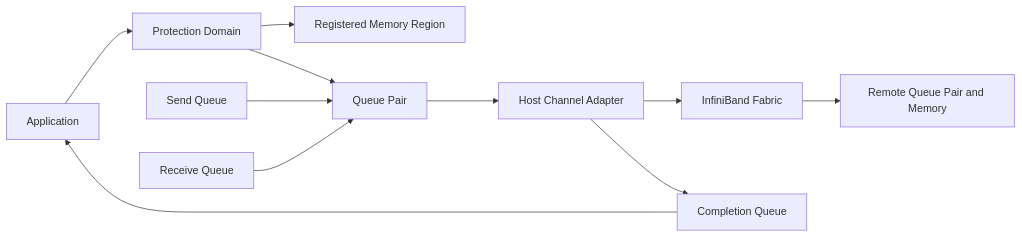
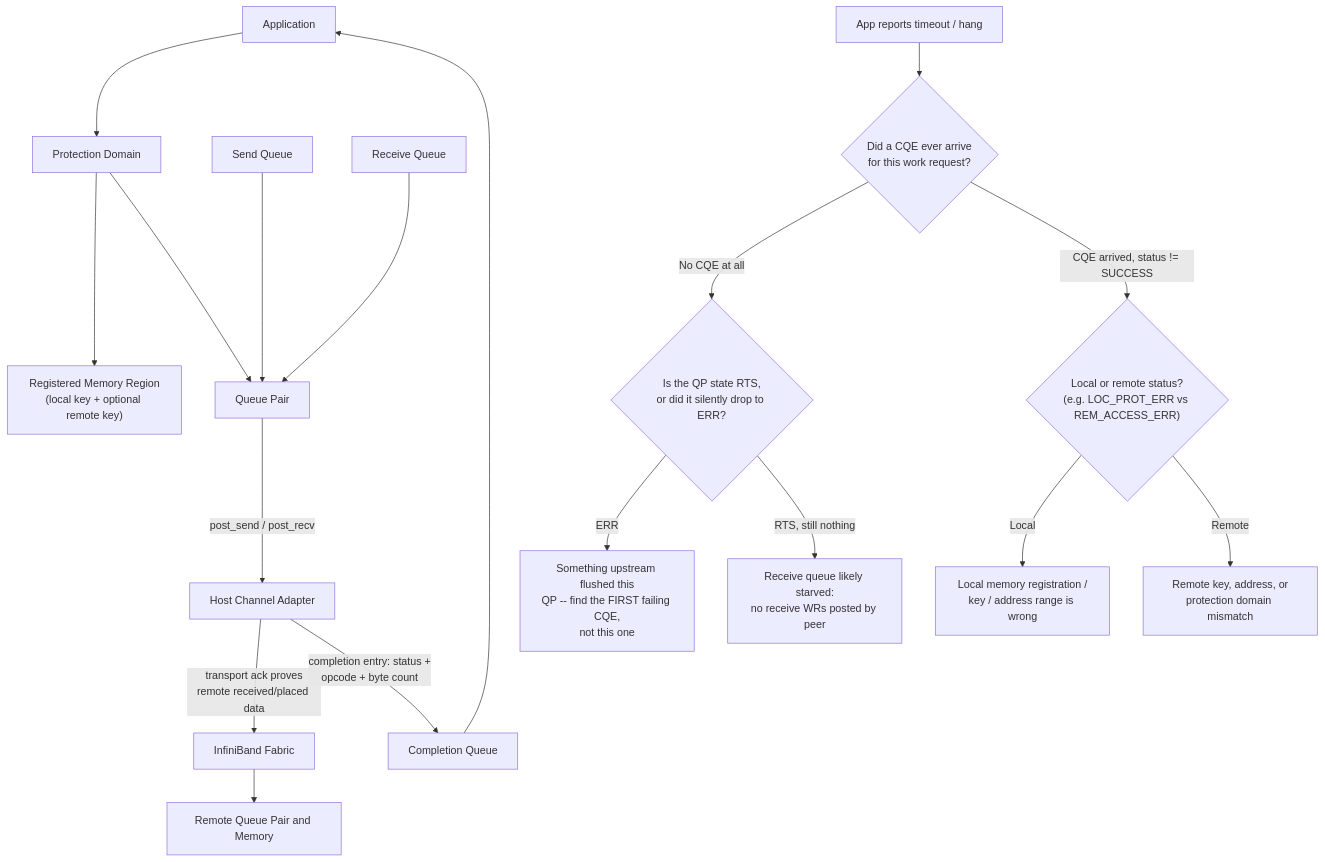
One commit to jithinpnjm/nvidia-devops changed the first of 5 diagrams in docs/nvidia-zero-to-hero/volume-08/chapter-03-verbs-queue-pairs-and-completion-queues.md. Above: the diagram before and after it, drawn with Mermaid. The commit also changed other lines of this file and 2 other files, not shown here.

Commit message:
WIP checkpoint: depth rework in progress, NOT verified/built — session hit rate limit mid-run

````diff
--- a/docs/nvidia-zero-to-hero/volume-08/chapter-03-verbs-queue-pairs-and-completion-queues.md
+++ b/docs/nvidia-zero-to-hero/volume-08/chapter-03-verbs-queue-pairs-and-completion-queues.md
@@ -60,21 +60,21 @@
 ```mermaid
-flowchart LR
-    App[Application]
-    PD[Protection Domain]
-    MR[Registered Memory Region]
-    SQ[Send Queue]
-    RQ[Receive Queue]
-    QP[Queue Pair]
-    HCA[Host Channel Adapter]
-    Fabric[InfiniBand Fabric]
-    Remote[Remote Queue Pair and Memory]
-    CQ[Completion Queue]
+flowchart TD
+    App[Application] --> PD[Protection Domain]
+    PD --> MR["Registered Memory Region<br/>(local key + optional remote key)"]
+    PD --> QP[Queue Pair]
+    SQ[Send Queue] --> QP
+    RQ[Receive Queue] --> QP
+    QP -->|"post_send / post_recv"| HCA[Host Channel Adapter]
+    HCA -->|"transport ack proves<br/>remote received/placed data"| Fabric[InfiniBand Fabric]
+    Fabric --> Remote[Remote Queue Pair and Memory]
+    HCA -->|"completion entry: status +<br/>opcode + byte count"| CQ[Completion Queue]
+    CQ --> App
 
-    App --> PD
-    PD --> MR
-    PD --> QP
-    SQ --> QP
-    RQ --> QP
-    QP --> HCA --> Fabric --> Remote
-    HCA --> CQ --> App
+    Fail["App reports timeout / hang"] --> Q1{"Did a CQE ever arrive<br/>for this work request?"}
+    Q1 -->|"No CQE at all"| Q2{"Is the QP state RTS,<br/>or did it silently drop to ERR?"}
+    Q2 -->|"ERR"| A1["Something upstream flushed this<br/>QP -- find the FIRST failing CQE,<br/>not this one"]
+    Q2 -->|"RTS, still nothing"| A2["Receive queue likely starved:<br/>no receive WRs posted by peer"]
+    Q1 -->|"CQE arrived, status != SUCCESS"| Q3{"Local or remote status?<br/>(e.g. LOC_PROT_ERR vs REM_ACCESS_ERR)"}
+    Q3 -->|"Local"| A3["Local memory registration /<br/>key / address range is wrong"]
+    Q3 -->|"Remote"| A4["Remote key, address, or<br/>protection domain mismatch"]
 ```
````
